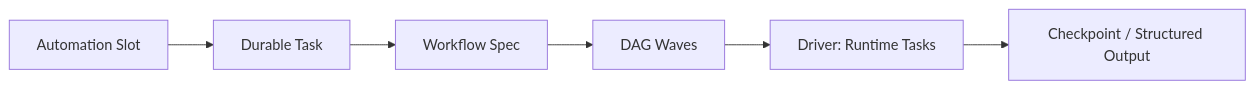
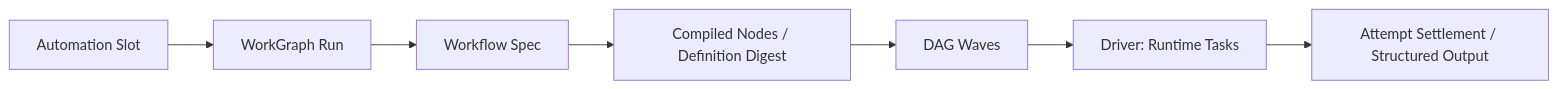
One commit to fwtllh-png/CodeHelper changed the diagram in docs/book/en/09-task-orchestration/03-automation-and-workflow.md. Above: the diagram before and after it, drawn with Mermaid. The commit also changed other lines of this file and 314 other files, not shown here.

````diff
--- a/docs/book/en/09-task-orchestration/03-automation-and-workflow.md
+++ b/docs/book/en/09-task-orchestration/03-automation-and-workflow.md
@@ -47,8 +51,9 @@
 ```mermaid
 flowchart LR
-    A[Automation Slot] --> T[Durable Task]
+    A[Automation Slot] --> T[WorkGraph Run]
     T --> W[Workflow Spec]
-    W --> D[DAG Waves]
+    W --> C[Compiled Nodes / Definition Digest]
+    C --> D[DAG Waves]
     D --> X[Driver: Runtime Tasks]
-    X --> C[Checkpoint / Structured Output]
+    X --> S[Attempt Settlement / Structured Output]
 ```
````
